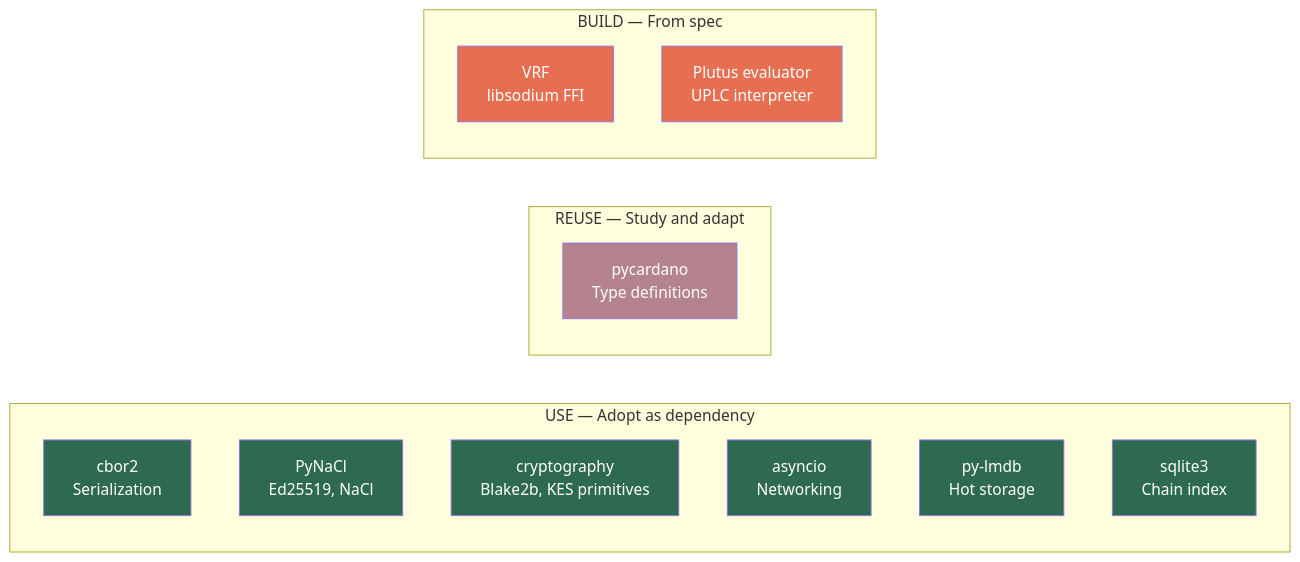
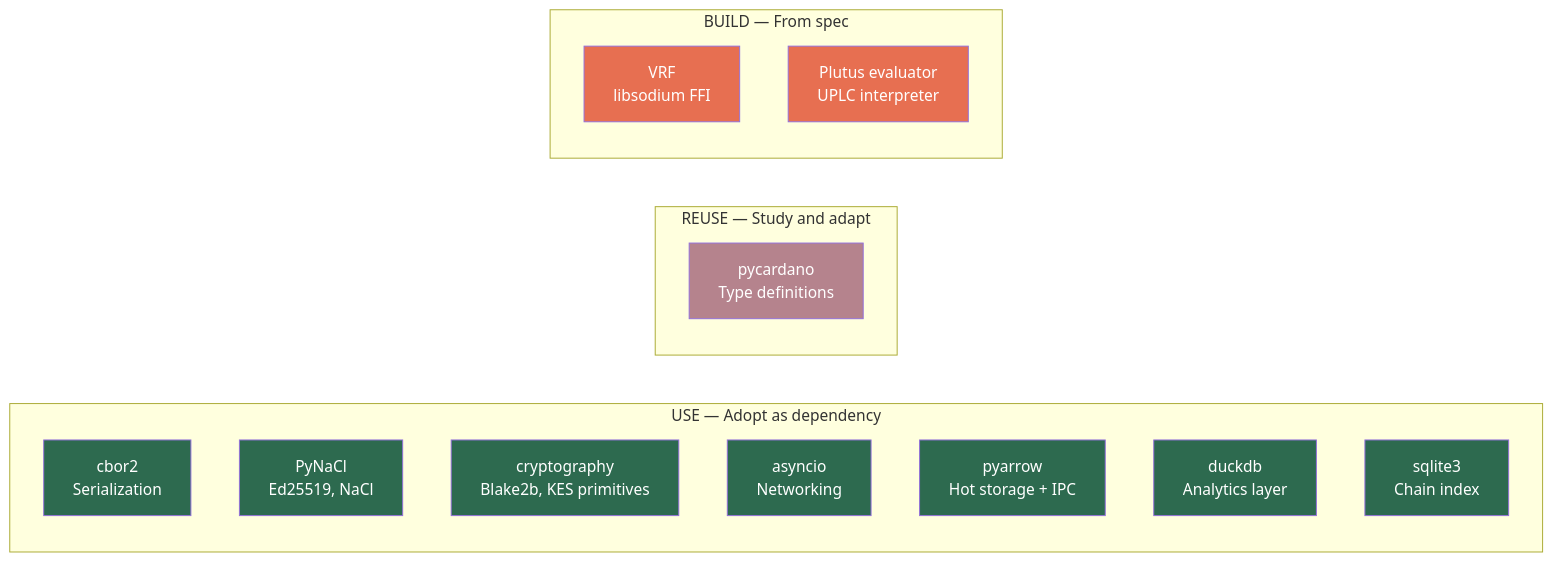
Before and after one commit to SteelSwap/vibe-node: the diagram in docs/reference/library-audit.md, drawn with Mermaid. The commit also changed other lines of this file and 6 other files, not shown here.

First line of the commit message:
feat(m1.7): Arrow+Dict architecture — 86x faster block apply than LMDB

````diff
--- a/docs/reference/library-audit.md
+++ b/docs/reference/library-audit.md
@@ -397,30 +411,32 @@
 ```mermaid
 graph LR
     subgraph "USE — Adopt as dependency"
         CBOR2["cbor2<br/>Serialization"]
         PYNACL["PyNaCl<br/>Ed25519, NaCl"]
         CRYPTO["cryptography<br/>Blake2b, KES primitives"]
         ASYNCIO["asyncio<br/>Networking"]
-        LMDB["py-lmdb<br/>Hot storage"]
+        PYARROW["pyarrow<br/>Hot storage + IPC"]
+        DUCKDB["duckdb<br/>Analytics layer"]
         SQLITE["sqlite3<br/>Chain index"]
     end
 
     subgraph "REUSE — Study and adapt"
         PYCARDANO["pycardano<br/>Type definitions"]
     end
 
     subgraph "BUILD — From spec"
         VRF["VRF<br/>libsodium FFI"]
         PLUTUS["Plutus evaluator<br/>UPLC interpreter"]
     end
 
     style CBOR2 fill:#2d6a4f,color:#fff
     style PYNACL fill:#2d6a4f,color:#fff
     style CRYPTO fill:#2d6a4f,color:#fff
     style ASYNCIO fill:#2d6a4f,color:#fff
-    style LMDB fill:#2d6a4f,color:#fff
+    style PYARROW fill:#2d6a4f,color:#fff
+    style DUCKDB fill:#2d6a4f,color:#fff
     style SQLITE fill:#2d6a4f,color:#fff
     style PYCARDANO fill:#b5838d,color:#fff
     style VRF fill:#e76f51,color:#fff
     style PLUTUS fill:#e76f51,color:#fff
 ```
````
